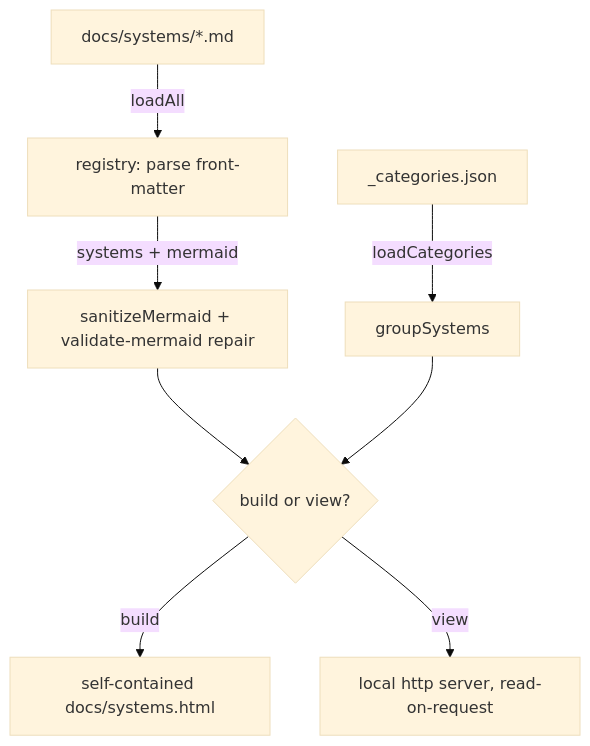
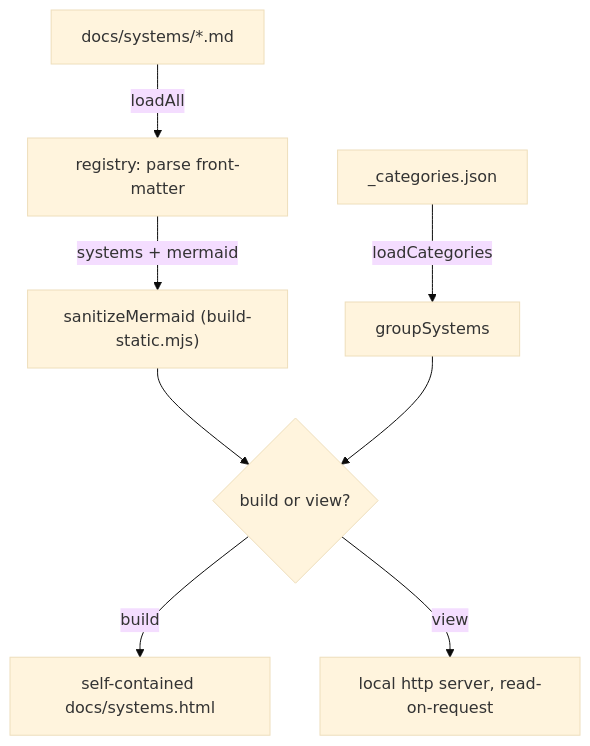
One commit to decider/codecontext changed the third of 3 diagrams in docs/systems/systems-registry.md. Above: the diagram before and after it, drawn with Mermaid (base theme). The commit also changed other lines of this file and 14 other files, not shown here.

First line of the commit message:
fix: top-down loop diagrams + layout-stability guard, higher-quality manifests

````diff
--- a/docs/systems/systems-registry.md
+++ b/docs/systems/systems-registry.md
@@ -116,10 +121,10 @@
 ```mermaid
 flowchart TB
   MAN["docs/systems/*.md"] -->|"loadAll"| REG2["registry: parse front-matter"]
-  REG2 -->|"systems + mermaid"| SAN["sanitizeMermaid + validate-mermaid repair"]
+  REG2 -->|"systems + mermaid"| SAN["sanitizeMermaid (build-static.mjs)"]
   CAT["_categories.json"] -->|"loadCategories"| GRP["groupSystems"]
   SAN --> RENDER{"build or view?"}
   GRP --> RENDER
   RENDER -->|"build"| HTML["self-contained docs/systems.html"]
   RENDER -->|"view"| SRV["local http server, read-on-request"]
 ```
````
